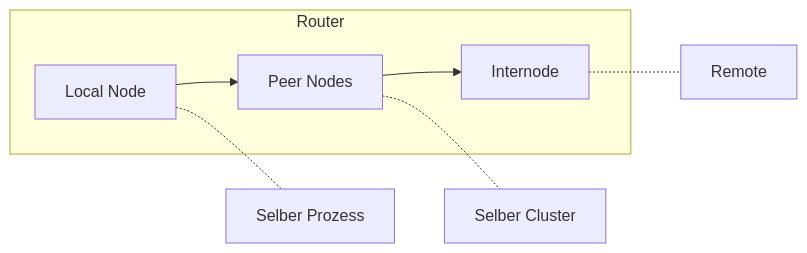
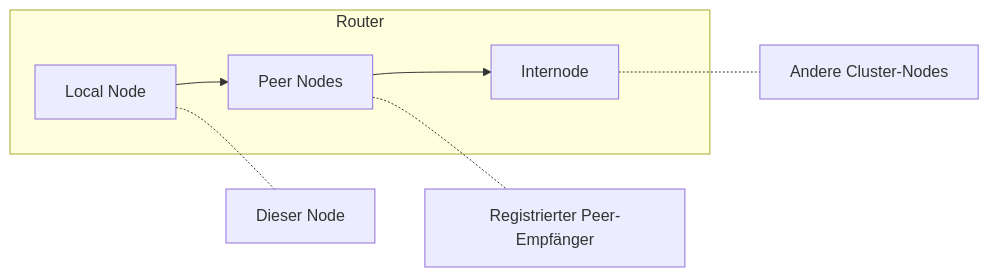
Before and after one commit to wippyai/docs: the third of 3 diagrams in de/internals/architecture.md, drawn with Mermaid. The commit also changed other lines of this file and 693 other files, not shown here.

````diff
--- a/de/internals/architecture.md
+++ b/de/internals/architecture.md
@@ -170,11 +169,11 @@
 ```mermaid
 flowchart LR
     subgraph Router
         Local[Local Node] --> Peer[Peer Nodes]
         Peer --> Inter[Internode]
     end
 
-    Local -.- L[Selber Prozess]
-    Peer -.- P[Selber Cluster]
-    Inter -.- I[Remote]
+    Local -.- L[Dieser Node]
+    Peer -.- P[Registrierter Peer-Empfänger]
+    Inter -.- I[Andere Cluster-Nodes]
 ```
````
